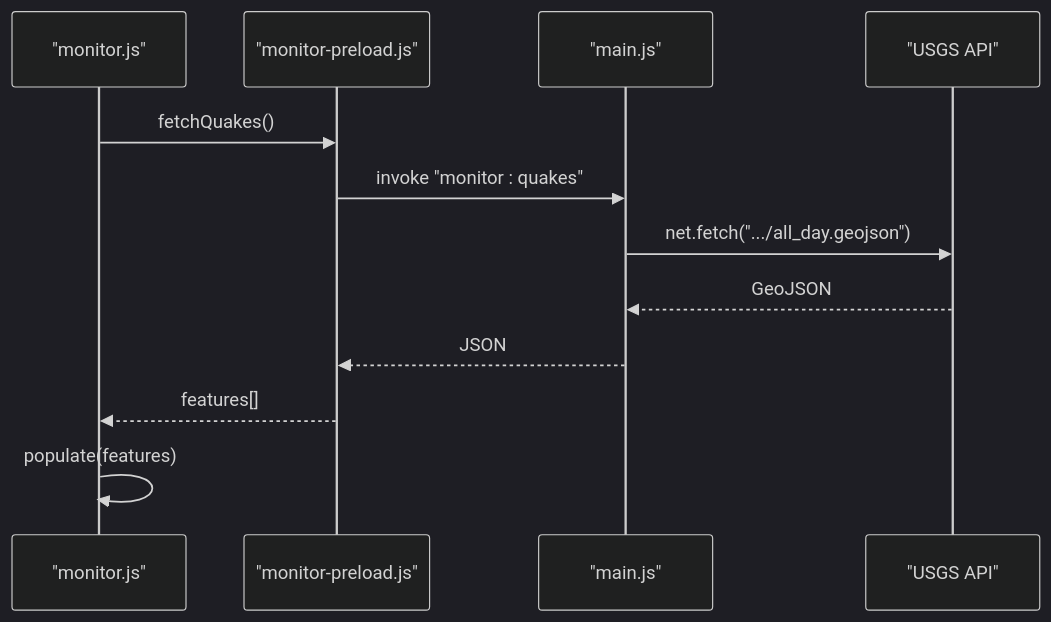
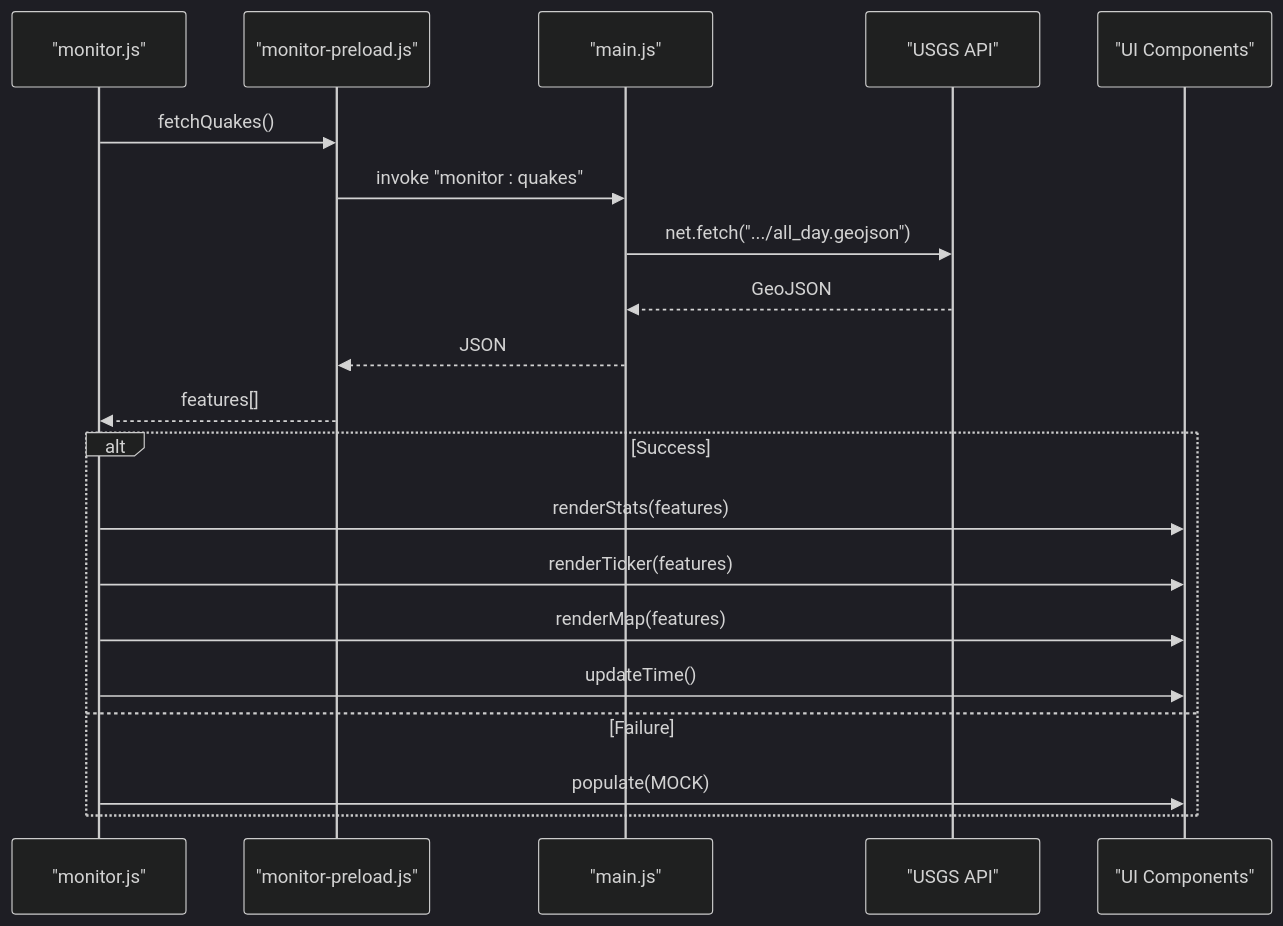
The fourth of 7 diagrams in .qoder/repowiki/en/content/Core Features/World Monitor.md (Annguyen0410/Personal-Messenger-Like-Storage-), drawn with Mermaid (dark theme) before and after one commit. The commit also changed other lines of this file and 25 other files, not shown here.

````diff
--- a/.qoder/repowiki/en/content/Core Features/World Monitor.md
+++ b/.qoder/repowiki/en/content/Core Features/World Monitor.md
@@ -275,14 +433,22 @@
 ```mermaid
 sequenceDiagram
 participant MJ as "monitor.js"
 participant MP as "monitor-preload.js"
 participant Main as "main.js"
 participant USGS as "USGS API"
+participant UI as "UI Components"
 MJ->>MP : fetchQuakes()
 MP->>Main : invoke "monitor : quakes"
 Main->>USGS : net.fetch(".../all_day.geojson")
 USGS-->>Main : GeoJSON
 Main-->>MP : JSON
 MP-->>MJ : features[]
-MJ->>MJ : populate(features)
+alt Success
+MJ->>UI : renderStats(features)
+MJ->>UI : renderTicker(features)
+MJ->>UI : renderMap(features)
+MJ->>UI : updateTime()
+else Failure
+MJ->>UI : populate(MOCK)
+end
 ```
````
